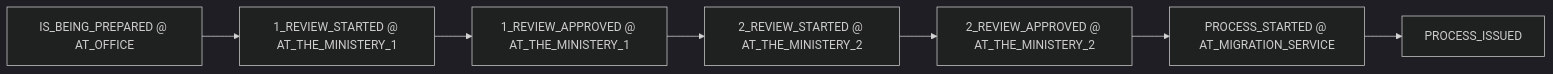
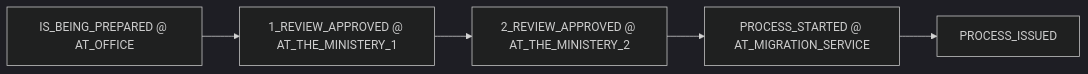
The third of 3 diagrams in docs/APPLICATION_PROGRESS_APPROVAL_AND_CONTRACT_DEPTH.md (webapis/Visa2026), drawn with Mermaid (dark theme) before and after one commit. The commit also changed other lines of this file and 31 other files, not shown here.

First line of the commit message:
Simplify ministry ApplicationProgress by dropping REVIEW_STARTED steps.

````diff
--- a/docs/APPLICATION_PROGRESS_APPROVAL_AND_CONTRACT_DEPTH.md
+++ b/docs/APPLICATION_PROGRESS_APPROVAL_AND_CONTRACT_DEPTH.md
@@ -170,9 +169,7 @@
 ```mermaid
 flowchart LR
-  A["IS_BEING_PREPARED @ AT_OFFICE"] --> B["1_REVIEW_STARTED @ AT_THE_MINISTERY_1"]
-  B --> C["1_REVIEW_APPROVED @ AT_THE_MINISTERY_1"]
-  C --> D["2_REVIEW_STARTED @ AT_THE_MINISTERY_2"]
-  D --> E["2_REVIEW_APPROVED @ AT_THE_MINISTERY_2"]
-  E --> F["PROCESS_STARTED @ AT_MIGRATION_SERVICE"]
-  F --> G["PROCESS_ISSUED"]
+  A["IS_BEING_PREPARED @ AT_OFFICE"] --> B["1_REVIEW_APPROVED @ AT_THE_MINISTERY_1"]
+  B --> C["2_REVIEW_APPROVED @ AT_THE_MINISTERY_2"]
+  C --> D["PROCESS_STARTED @ AT_MIGRATION_SERVICE"]
+  D --> E["PROCESS_ISSUED"]
 ```
````
